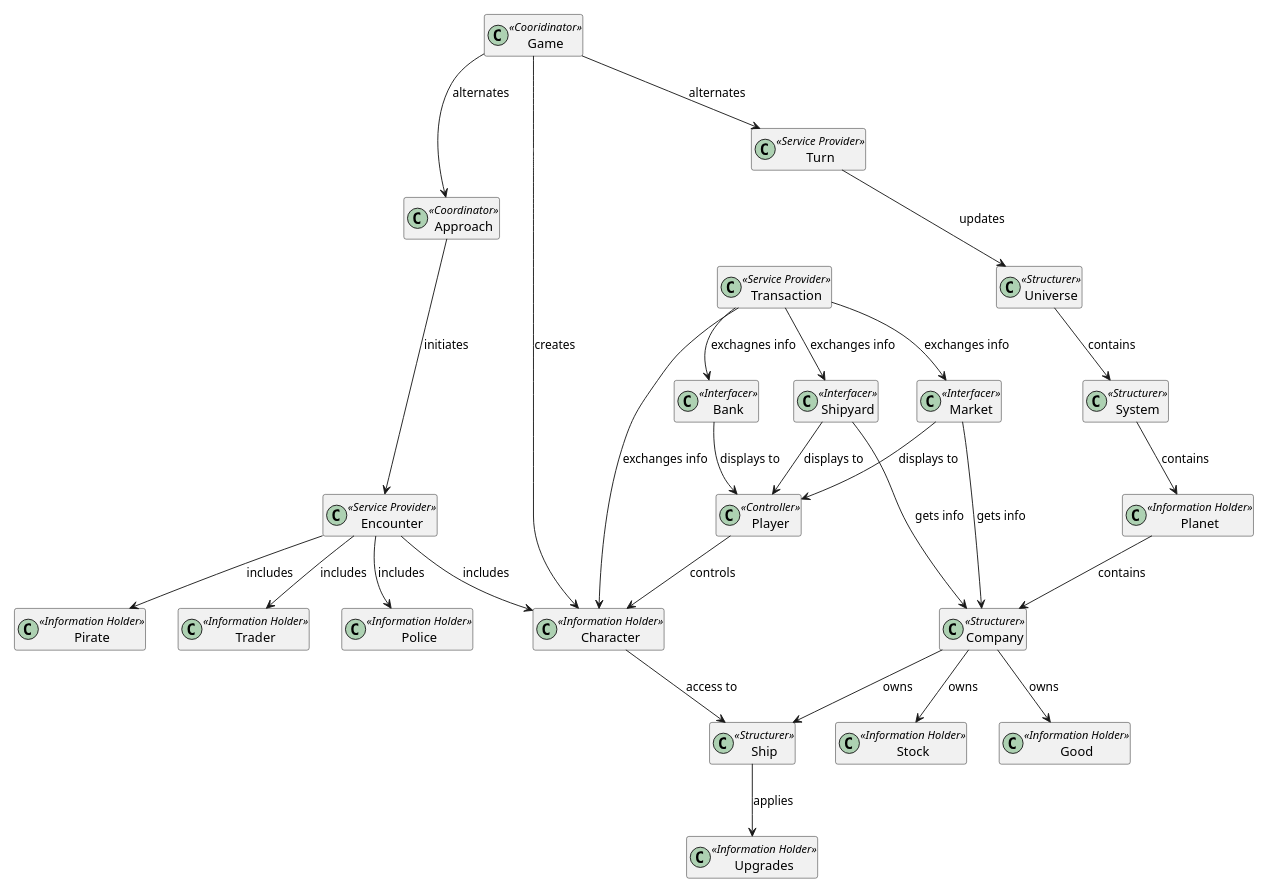
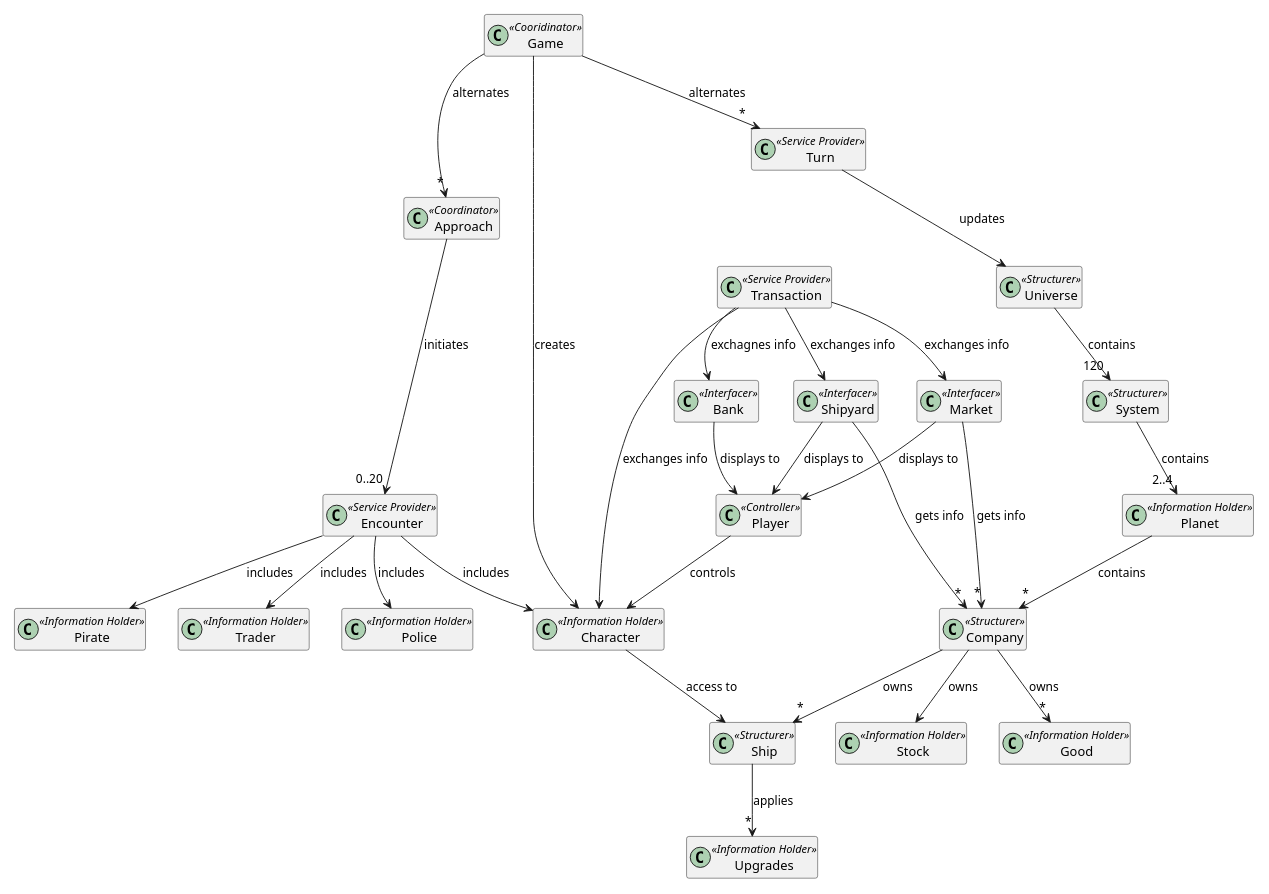
The diagram in design/Domain Model.puml (gem-5/last-adventures), drawn with PlantUML before and after one commit. The commit also changed 2 other files, not shown here.

```diff
--- a/design/Domain Model.puml
+++ b/design/Domain Model.puml
@@ -1,53 +1,53 @@
 @startuml
 hide empty member
 scale 900 width
 class Game <<Cooridinator>>
 class Turn <<Service Provider>>
 class Player <<Controller>>
 class Character <<Information Holder>>
 class Universe <<Structurer>>
 class System <<Structurer>>
 class Planet <<Information Holder>>
 class Ship <<Structurer>>
 class Upgrades <<Information Holder>>
 class Company <<Structurer>>
 class Stock <<Information Holder>>
 class Good <<Information Holder>>
 class Transaction <<Service Provider>>
 class Police <<Information Holder>>
 class Pirate <<Information Holder>>
 class Trader <<Information Holder>>
 class Approach <<Coordinator>>
 class Encounter <<Service Provider>>
 class Bank <<Interfacer>>
 class Market <<Interfacer>>
 class Shipyard <<Interfacer>>
 
 Game --> Character : creates
-Game --> Turn : alternates
-Game --> Approach : alternates
+Game --> "*" Turn : alternates
+Game --> "*" Approach : alternates
 Player --> Character : controls
 Character --> Ship : access to
 Turn --> Universe : updates
-Universe --> System : contains
-System --> Planet : contains
-Planet --> Company : contains
+Universe --> "120" System : contains
+System --> "2..4" Planet : contains
+Planet --> "*" Company : contains
 Company --> Stock : owns
-Company --> Good : owns
-Company --> Ship : owns
+Company --> "*" Good : owns
+Company --> "*" Ship : owns
 Transaction --> Character : exchanges info
 Transaction --> Market : exchanges info
 Transaction --> Shipyard : exchanges info
 Transaction --> Bank :exchagnes info
-Ship --> Upgrades : applies
-Approach --> Encounter : initiates
+Ship --> "*" Upgrades : applies
+Approach --> "0..20" Encounter : initiates
 Encounter --> Character : includes
 Encounter --> Police : includes
 Encounter --> Pirate : includes
 Encounter --> Trader : includes
 Bank --> Player : displays to
 Market --> Player : displays to
 Shipyard --> Player : displays to
-Market --> Company : gets info
-Shipyard --> Company : gets info
+Market --> "*" Company : gets info
+Shipyard --> "*" Company : gets info
 @enduml
```
